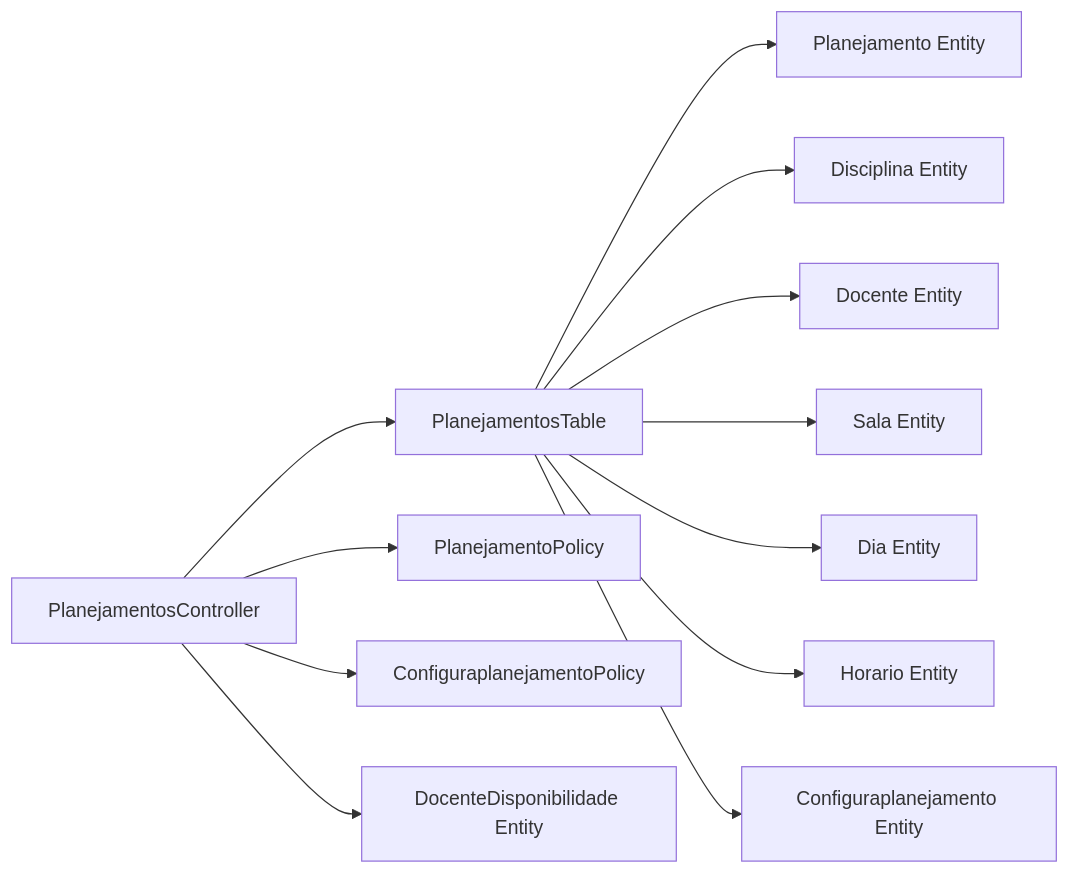
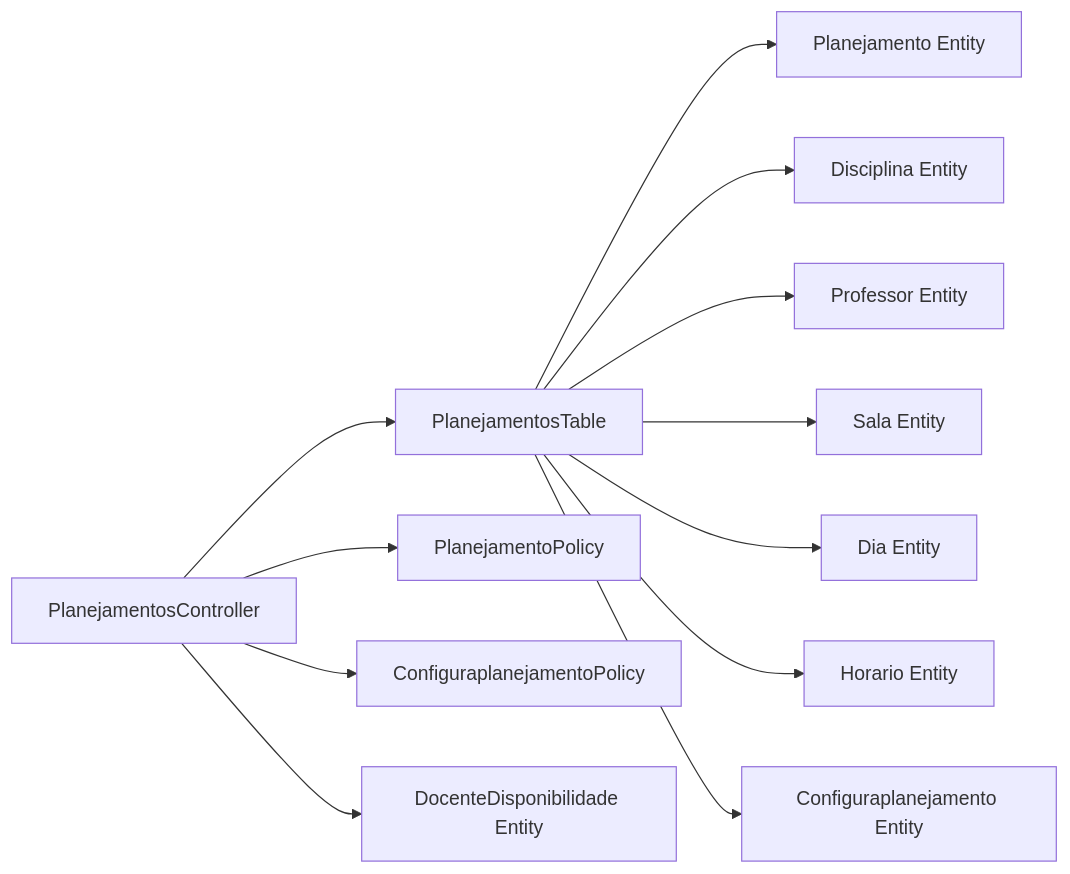
Before and after one commit to luiseduacosta/planejamento5: the fifth of 5 diagrams in .qoder/repowiki/en/content/Core Features/Academic Planning Management/Academic Planning Management.md, drawn with Mermaid. The commit also changed other lines of this file and 37 other files, not shown here.

````diff
--- a/.qoder/repowiki/en/content/Core Features/Academic Planning Management/Academic Planning Management.md
+++ b/.qoder/repowiki/en/content/Core Features/Academic Planning Management/Academic Planning Management.md
@@ -393,14 +393,14 @@
 ```mermaid
 graph LR
 PC["PlanejamentosController"] --> PT["PlanejamentosTable"]
 PC --> PP["PlanejamentoPolicy"]
 PC --> CP["ConfiguraplanejamentoPolicy"]
 PT --> PE["Planejamento Entity"]
 PT --> DE["Disciplina Entity"]
-PT --> DoE["Docente Entity"]
+PT --> DoE["Professor Entity"]
 PT --> SE["Sala Entity"]
 PT --> DaE["Dia Entity"]
 PT --> HoE["Horario Entity"]
 PT --> CE["Configuraplanejamento Entity"]
 PC --> DdE["DocenteDisponibilidade Entity"]
 ```
````
